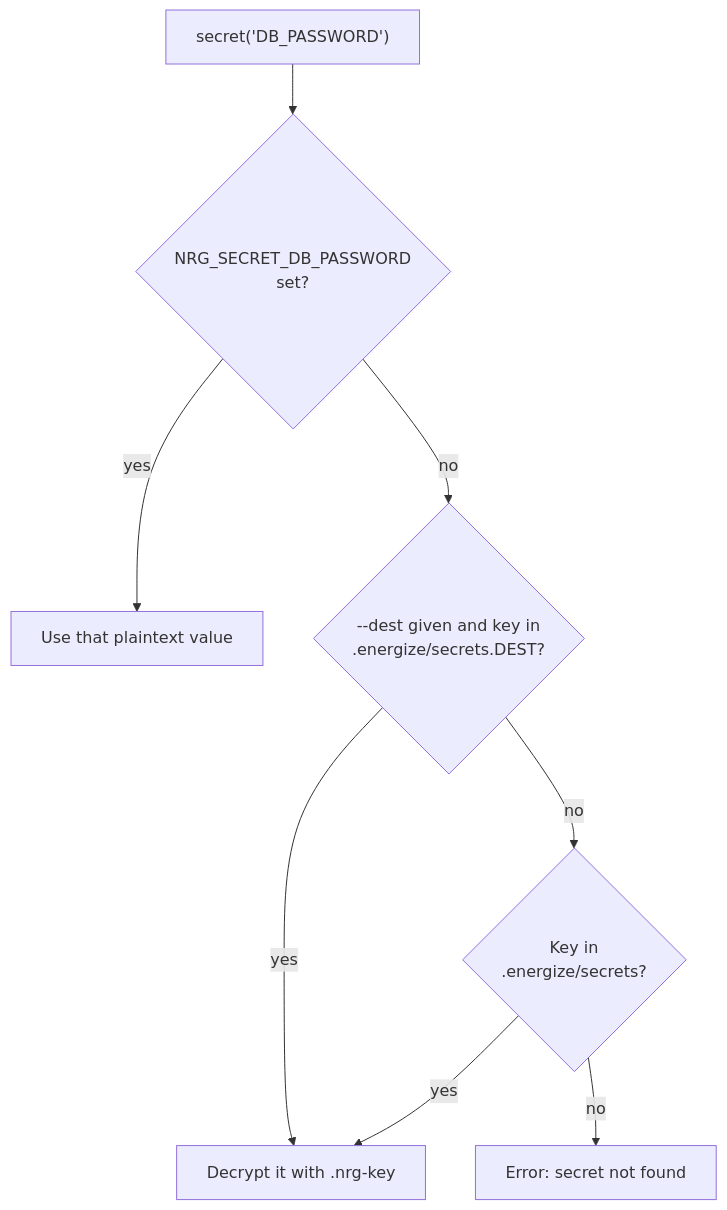
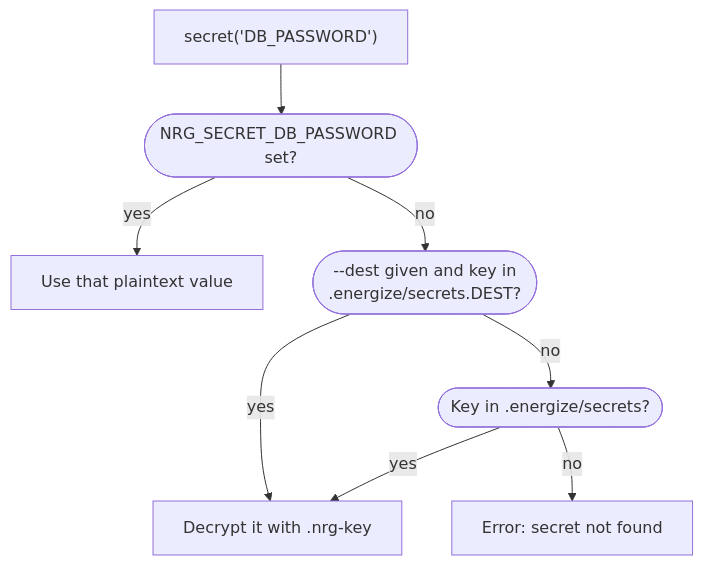
Before and after one commit to inou/nrgize-rs: the diagram in docs/secrets.md, drawn with Mermaid. The commit also changed 6 other files, not shown here.

First line of the commit message:
Tidy the documentation diagrams

````diff
--- a/docs/secrets.md
+++ b/docs/secrets.md
@@ -63,10 +63,10 @@
 ```mermaid
 flowchart TD
-    A["secret('DB_PASSWORD')"] --> B{"NRG_SECRET_DB_PASSWORD<br/>set?"}
+    A["secret('DB_PASSWORD')"] --> B(["NRG_SECRET_DB_PASSWORD set?"]):::ask
     B -->|yes| C["Use that plaintext value"]
-    B -->|no| D{"--dest given and key in<br/>.energize/secrets.DEST?"}
+    B -->|no| D(["--dest given and key in<br/>.energize/secrets.DEST?"]):::ask
     D -->|yes| E["Decrypt it with .nrg-key"]
-    D -->|no| F{"Key in<br/>.energize/secrets?"}
+    D -->|no| F(["Key in .energize/secrets?"]):::ask
     F -->|yes| E
-    F -->|no| G["Error: secret not found"]
+    F -->|no| G["Error: secret not found"]:::fail
 ```
````
